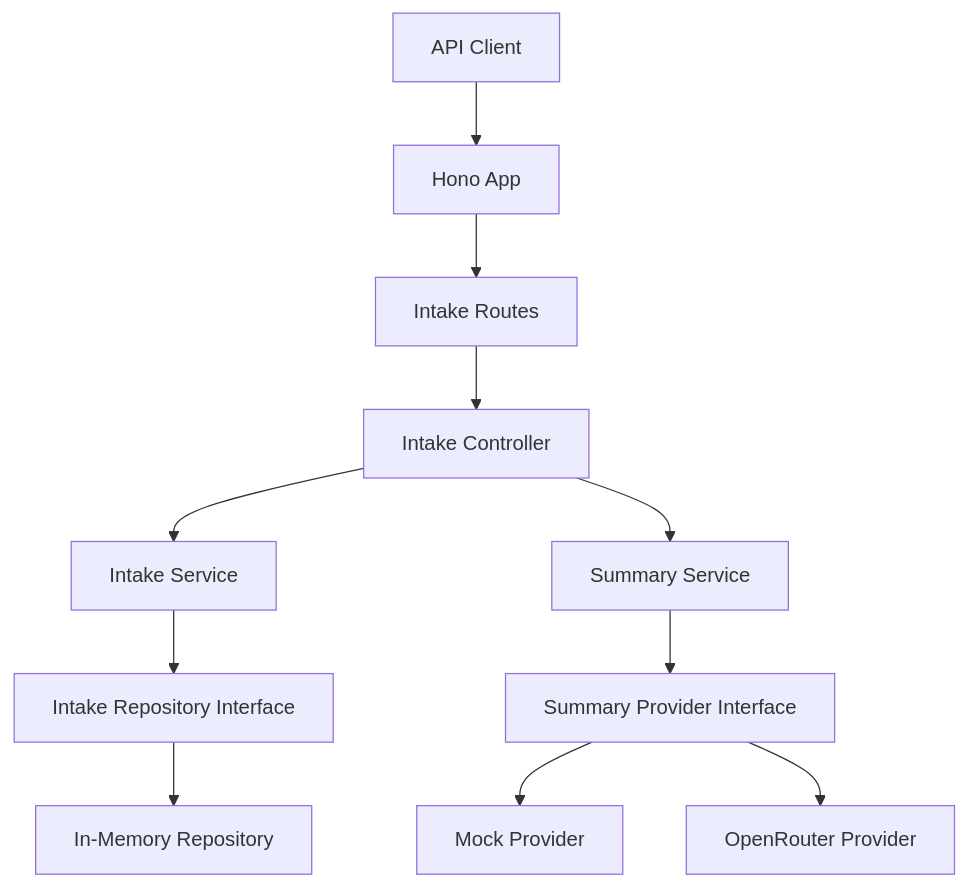
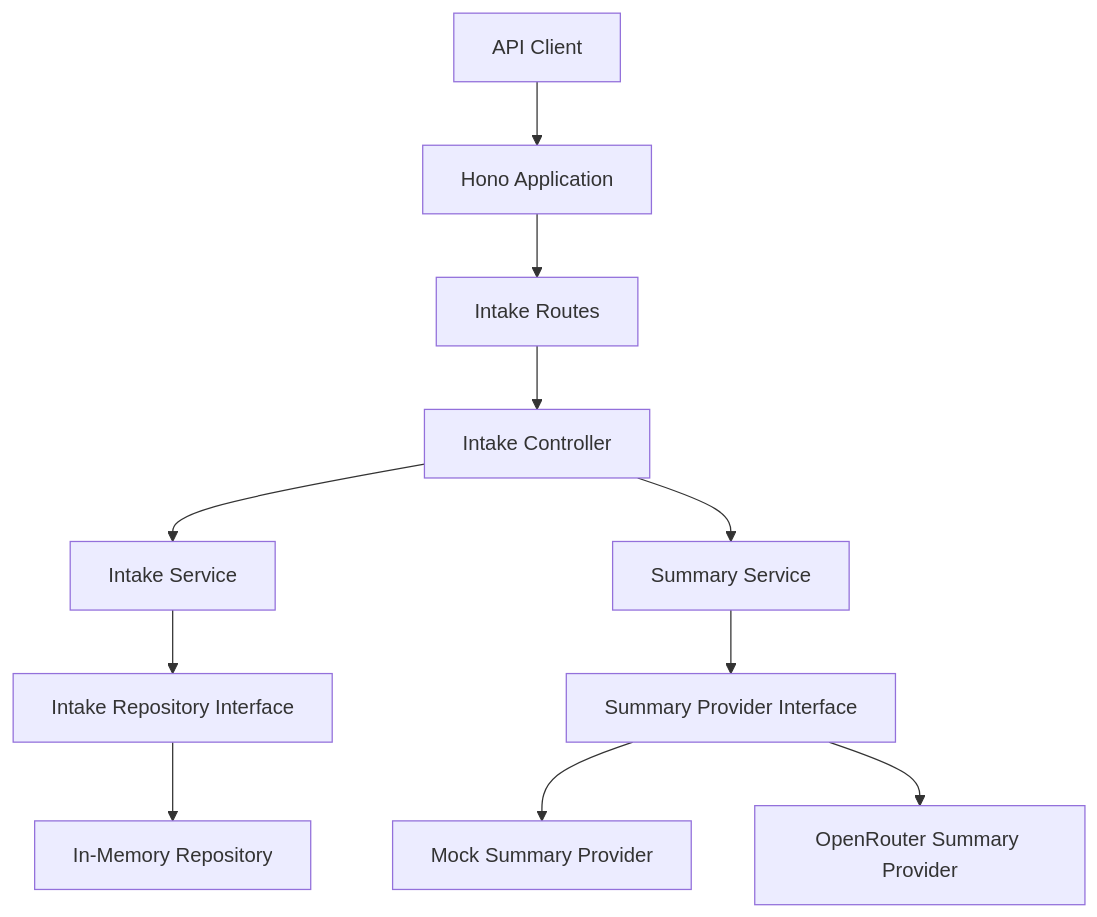
The first of 3 diagrams in README.md (vlerejanaselmani/careflow-ai-api), drawn with Mermaid before and after one commit. The commit also changed other lines of this file, not shown here.

````diff
--- a/README.md
+++ b/README.md
@@ -40,13 +122,16 @@
 ```mermaid
 flowchart TD
-  Client["API Client"] --> Hono["Hono App"]
-  Hono --> IntakeRoutes["Intake Routes"]
-  IntakeRoutes --> IntakeController["Intake Controller"]
-  IntakeController --> IntakeService["Intake Service"]
-  IntakeController --> SummaryService["Summary Service"]
-  IntakeService --> IntakeRepository["Intake Repository Interface"]
-  IntakeRepository --> InMemoryRepository["In-Memory Repository"]
-  SummaryService --> SummaryProvider["Summary Provider Interface"]
-  SummaryProvider --> MockProvider["Mock Provider"]
-  SummaryProvider --> OpenRouterProvider["OpenRouter Provider"]
+    Client["API Client"] --> Hono["Hono Application"]
+    Hono --> Routes["Intake Routes"]
+    Routes --> Controller["Intake Controller"]
+
+    Controller --> IntakeService["Intake Service"]
+    Controller --> SummaryService["Summary Service"]
+
+    IntakeService --> RepositoryInterface["Intake Repository Interface"]
+    RepositoryInterface --> InMemoryRepository["In-Memory Repository"]
+
+    SummaryService --> ProviderInterface["Summary Provider Interface"]
+    ProviderInterface --> MockProvider["Mock Summary Provider"]
+    ProviderInterface --> OpenRouterProvider["OpenRouter Summary Provider"]
 ```
````
